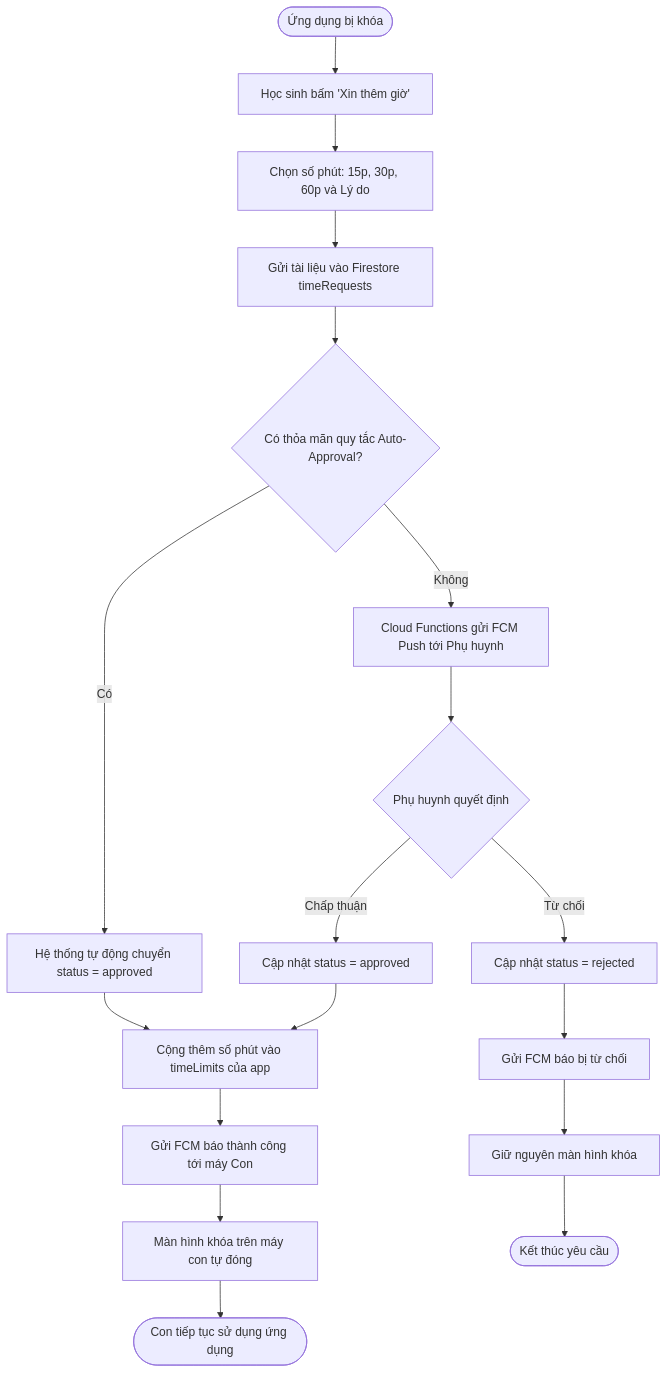
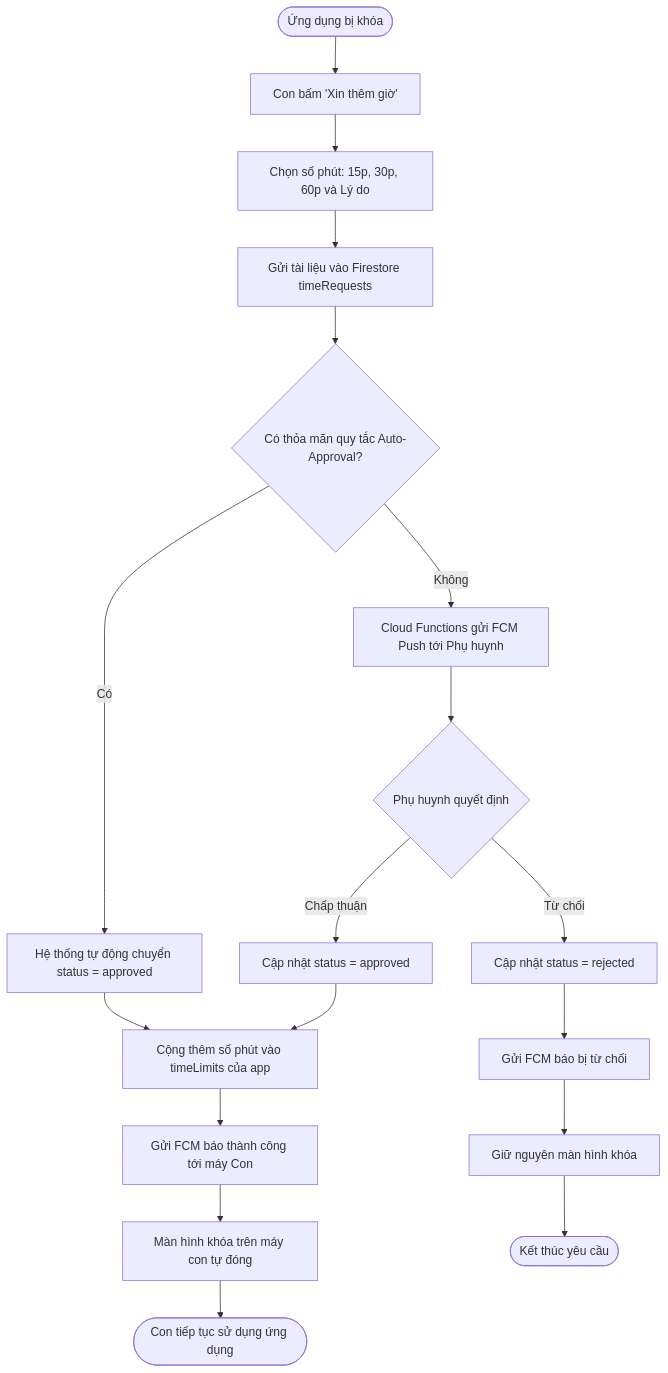
Before and after one commit to minhduc01168/KidGuardian-THPT: the seventh of 20 diagrams in docs/Kura_Technical_Analysis.md, drawn with Mermaid. The commit also changed other lines of this file, not shown here.

Commit message:
docs: standardize terminology to Kura, Phụ huynh and Con, align diagrams with codebase

````diff
--- a/docs/Kura_Technical_Analysis.md
+++ b/docs/Kura_Technical_Analysis.md
@@ -597,26 +597,26 @@
 ```mermaid
 flowchart TD
-    StartReq([Ứng dụng bị khóa]) --> ClickReq[Học sinh bấm 'Xin thêm giờ']
-    ClickReq --> SelectDuration[Chọn số phút: 15p, 30p, 60p và Lý do]
-    SelectDuration --> PushFirestore[Gửi tài liệu vào Firestore timeRequests]
-    
-    PushFirestore --> CheckAutoRule{Có thỏa mãn quy tắc Auto-Approval?}
-    
-    CheckAutoRule -- Có --> SetAutoApprove[Hệ thống tự động chuyển status = approved]
-    CheckAutoRule -- Không --> SendFCM[Cloud Functions gửi FCM Push tới Phụ huynh]
-    
-    SendFCM --> ParentAction{Phụ huynh quyết định}
-    ParentAction -- Chấp thuận --> UpdateApproved[Cập nhật status = approved]
-    ParentAction -- Từ chối --> UpdateRejected[Cập nhật status = rejected]
-    
-    SetAutoApprove --> ExtendQuota[Cộng thêm số phút vào timeLimits của app]
-    UpdateApproved --> ExtendQuota
-    
-    ExtendQuota --> NotifyChildSuccess[Gửi FCM báo thành công tới máy Con]
-    NotifyChildSuccess --> DismissLockScreen[Màn hình khóa trên máy con tự đóng]
-    DismissLockScreen --> EndApproved([Con tiếp tục sử dụng ứng dụng])
-    
-    UpdateRejected --> NotifyChildDeny[Gửi FCM báo bị từ chối]
-    NotifyChildDeny --> KeepLockScreen[Giữ nguyên màn hình khóa]
-    KeepLockScreen --> EndDenied([Kết thúc yêu cầu])
+ StartReq([Ứng dụng bị khóa]) --> ClickReq[Con bấm 'Xin thêm giờ']
+ ClickReq --> SelectDuration[Chọn số phút: 15p, 30p, 60p và Lý do]
+ SelectDuration --> PushFirestore[Gửi tài liệu vào Firestore timeRequests]
+ 
+ PushFirestore --> CheckAutoRule{Có thỏa mãn quy tắc Auto-Approval?}
+ 
+ CheckAutoRule -- Có --> SetAutoApprove[Hệ thống tự động chuyển status = approved]
+ CheckAutoRule -- Không --> SendFCM[Cloud Functions gửi FCM Push tới Phụ huynh]
+ 
+ SendFCM --> ParentAction{Phụ huynh quyết định}
+ ParentAction -- Chấp thuận --> UpdateApproved[Cập nhật status = approved]
+ ParentAction -- Từ chối --> UpdateRejected[Cập nhật status = rejected]
+ 
+ SetAutoApprove --> ExtendQuota[Cộng thêm số phút vào timeLimits của app]
+ UpdateApproved --> ExtendQuota
+ 
+ ExtendQuota --> NotifyChildSuccess[Gửi FCM báo thành công tới máy Con]
+ NotifyChildSuccess --> DismissLockScreen[Màn hình khóa trên máy con tự đóng]
+ DismissLockScreen --> EndApproved([Con tiếp tục sử dụng ứng dụng])
+ 
+ UpdateRejected --> NotifyChildDeny[Gửi FCM báo bị từ chối]
+ NotifyChildDeny --> KeepLockScreen[Giữ nguyên màn hình khóa]
+ KeepLockScreen --> EndDenied([Kết thúc yêu cầu])
 ```
````
